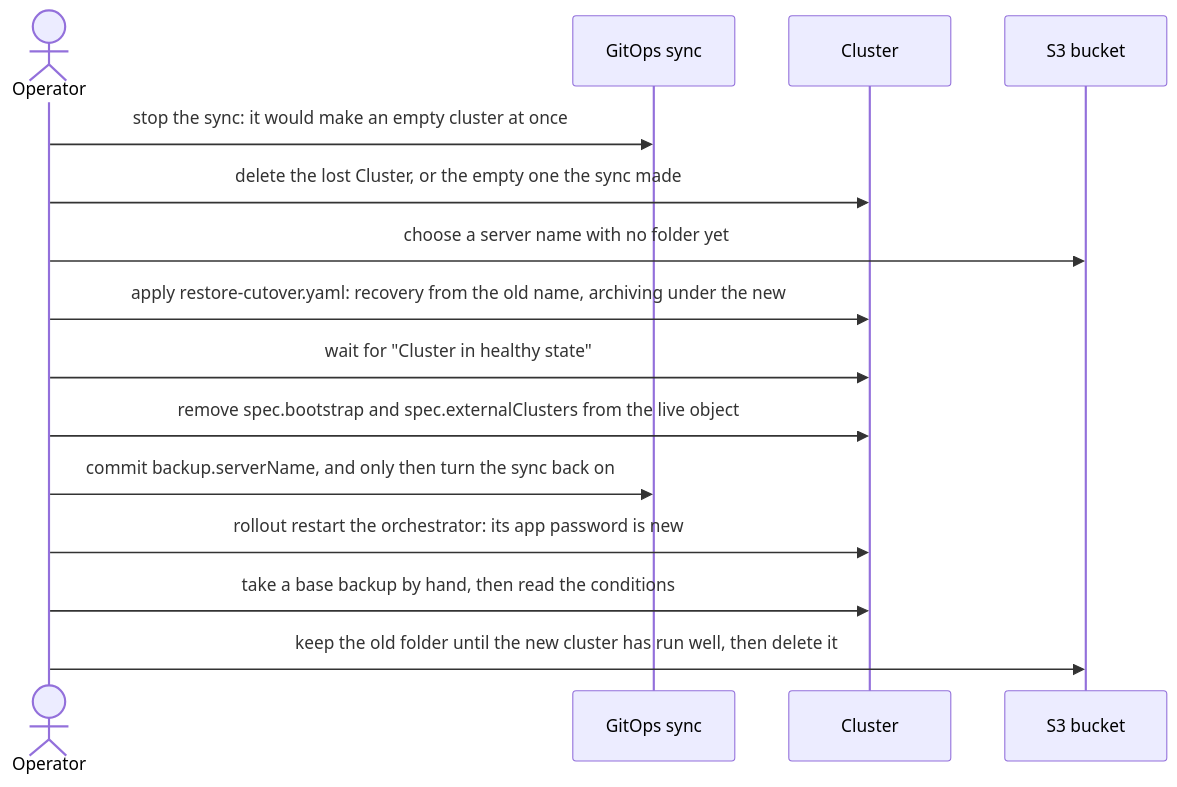
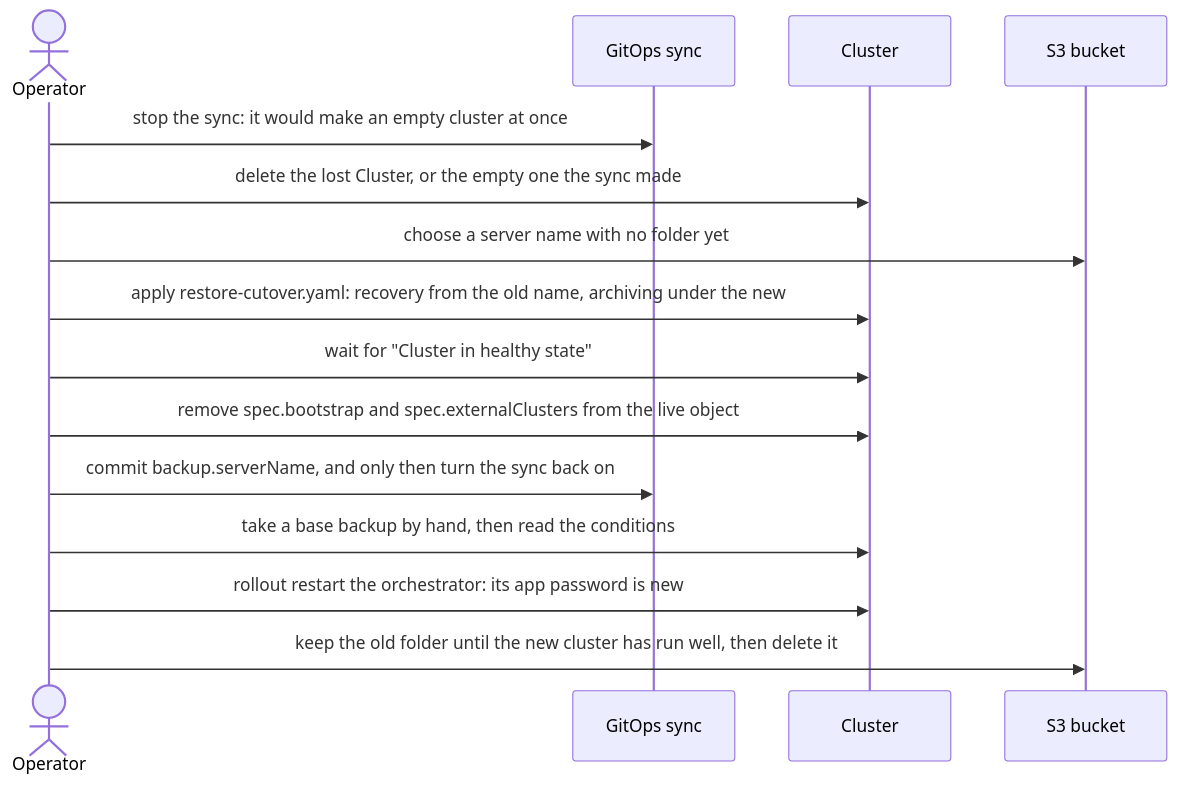
One commit to vymalo/another-agentic-system changed the third of 4 diagrams in docs/guides/operate/backup-and-restore.md. Above: the diagram before and after it, drawn with Mermaid. The commit also changed other lines of this file and 6 other files, not shown here.

````diff
--- a/docs/guides/operate/backup-and-restore.md
+++ b/docs/guides/operate/backup-and-restore.md
@@ -201,19 +202,19 @@
 ```mermaid
 sequenceDiagram
   accTitle: Interaction: replacing a lost cluster
   accDescr: The operator stops the GitOps sync, deletes the lost cluster, picks a new server name, applies restore-cutover.yaml, then hands the cluster back to the chart and takes a fresh base backup.
   actor Op as Operator
   participant G as GitOps sync
   participant K as Cluster
   participant S3 as S3 bucket
   Op->>G: stop the sync: it would make an empty cluster at once
   Op->>K: delete the lost Cluster, or the empty one the sync made
   Op->>S3: choose a server name with no folder yet
   Op->>K: apply restore-cutover.yaml: recovery from the old name, archiving under the new
   Op->>K: wait for "Cluster in healthy state"
   Op->>K: remove spec.bootstrap and spec.externalClusters from the live object
   Op->>G: commit backup.serverName, and only then turn the sync back on
+  Op->>K: take a base backup by hand, then read the conditions
   Op->>K: rollout restart the orchestrator: its app password is new
-  Op->>K: take a base backup by hand, then read the conditions
   Op->>S3: keep the old folder until the new cluster has run well, then delete it
 ```
````
